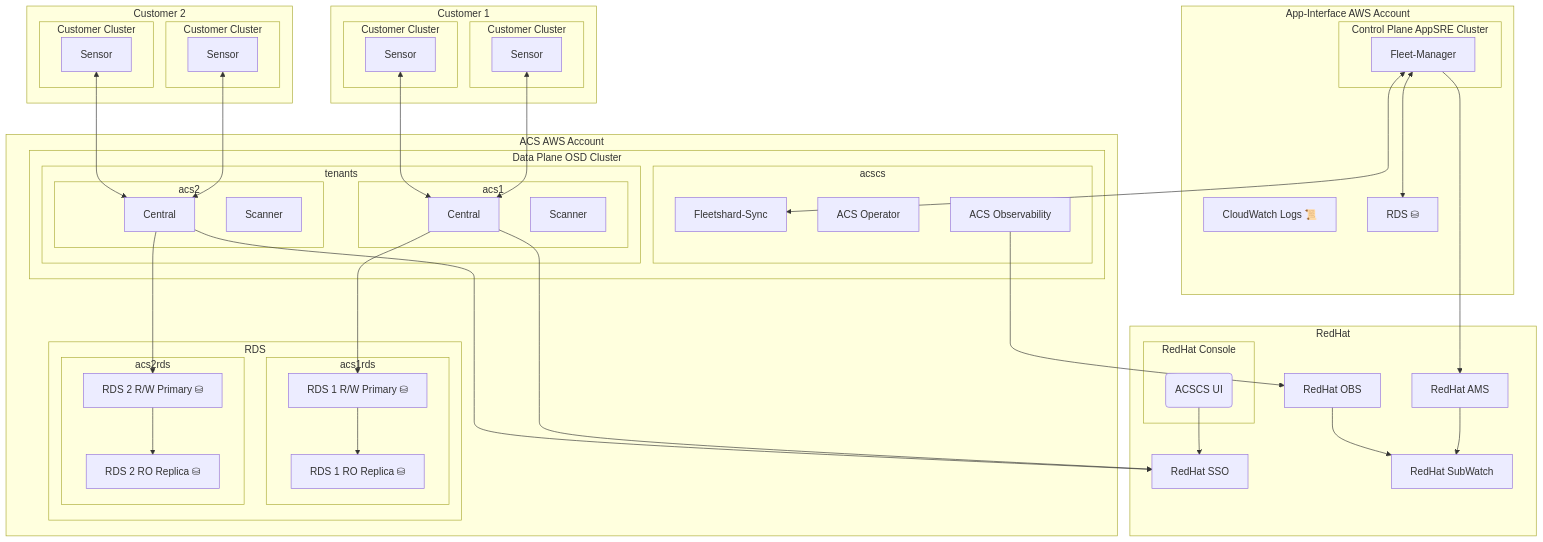
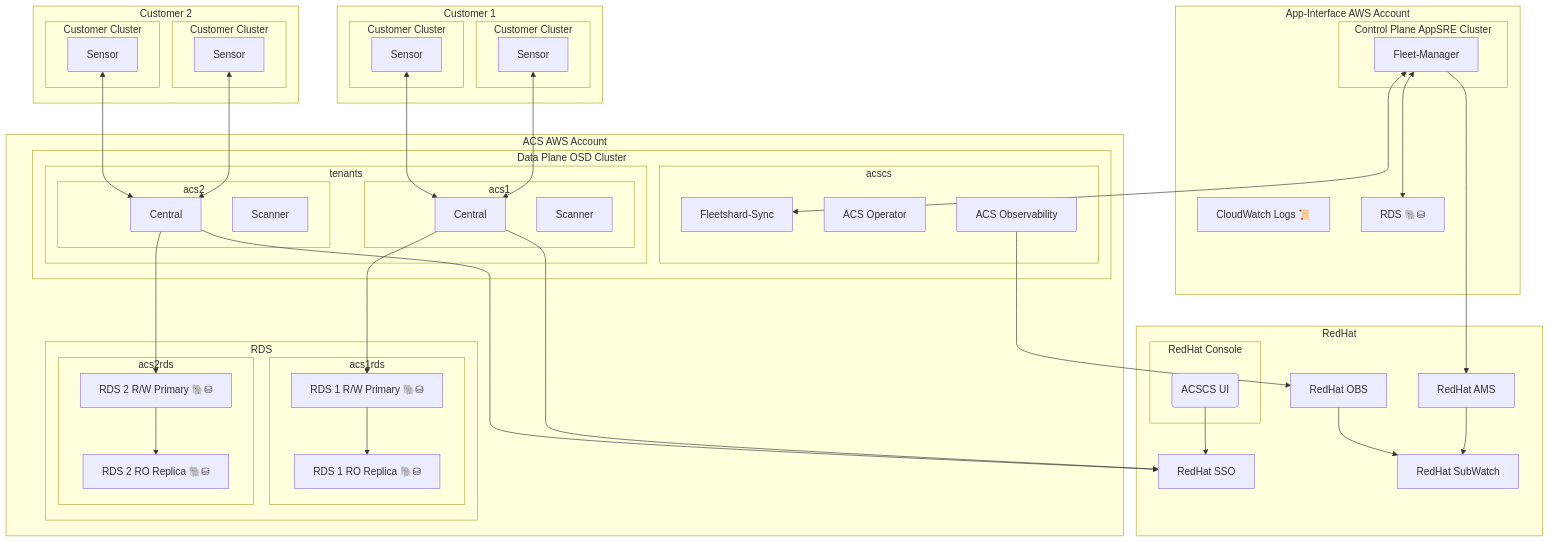
One commit to stackrox/acs-fleet-manager changed the diagram in docs/architecture/images/acscs_architecture.md. Above: the diagram before and after it, drawn with Mermaid.

Commit message:
Add elephant

```diff
--- a/docs/architecture/images/acscs_architecture.md
+++ b/docs/architecture/images/acscs_architecture.md
@@ -21,7 +21,7 @@
             fm[Fleet-Manager]
         end
         cplogs["CloudWatch Logs 📜"]
-        cprds["RDS ⛁"]
+        cprds["RDS 🐘⛁"]
 
         fm <--> cprds
     end
@@ -29,14 +29,14 @@
     subgraph acsaws[ACS AWS Account]
         subgraph RDS
             subgraph acs1rds
-                acs1rdsp["RDS 1 R/W Primary ⛁"]
-                acs1rdss["RDS 1 RO Replica ⛁"]
+                acs1rdsp["RDS 1 R/W Primary 🐘⛁"]
+                acs1rdss["RDS 1 RO Replica 🐘⛁"]
                 acs1rdsp-->acs1rdss
             end
 
             subgraph acs2rds
-                acs2rdsp["RDS 2 R/W Primary ⛁"]
-                acs2rdss["RDS 2 RO Replica ⛁"]
+                acs2rdsp["RDS 2 R/W Primary 🐘⛁"]
+                acs2rdss["RDS 2 RO Replica 🐘⛁"]
                 acs2rdsp-->acs2rdss
             end
         end
```
